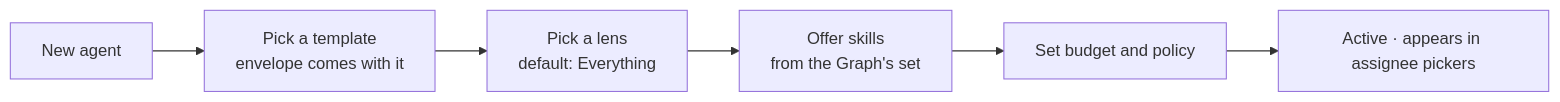
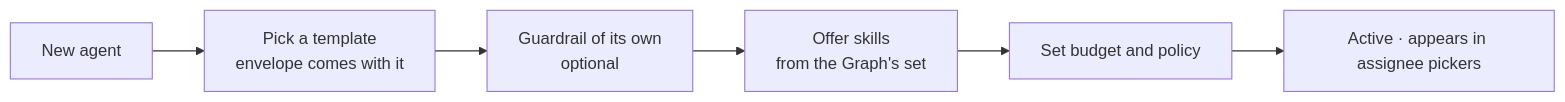
One commit to invana/invana changed the second of 3 diagrams in docs/for-developers/modules/agents/spec.md. Above: the diagram before and after it, drawn with Mermaid. The commit also changed other lines of this file and 8 other files, not shown here.

````diff
--- a/docs/for-developers/modules/agents/spec.md
+++ b/docs/for-developers/modules/agents/spec.md
@@ -208,8 +220,8 @@
 ```mermaid
 flowchart LR
     A[New agent] --> B[Pick a template<br/>envelope comes with it]
-    B --> C[Pick a lens<br/>default: Everything]
+    B --> C[Guardrail of its own<br/>optional]
     C --> D[Offer skills<br/>from the Graph's set]
     D --> E[Set budget and policy]
     E --> F[Active · appears in assignee pickers]
 ```
````
